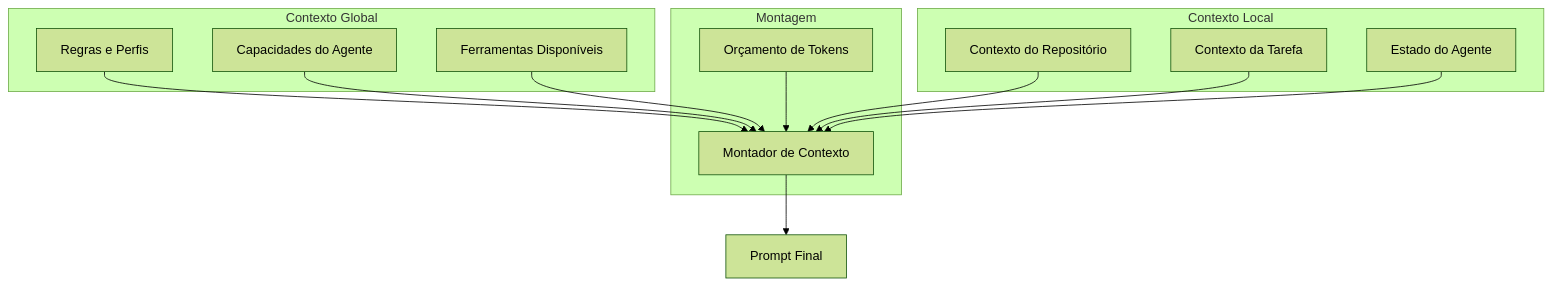
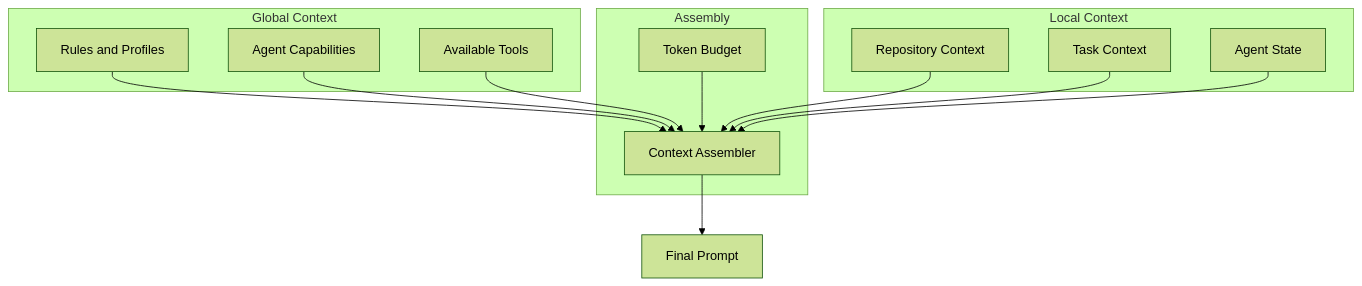
The third of 17 diagrams in docs/arquitetura.md (leonardo-moraes360/toolbelt), drawn with Mermaid (forest theme) before and after one commit. The commit also changed other lines of this file and 242 other files, not shown here.

````diff
--- a/docs/arquitetura.md
+++ b/docs/arquitetura.md
@@ -121,29 +121,29 @@
 ```mermaid
 graph TB
-    subgraph "Contexto Global"
-        RULES[Regras e Perfis]
-        CAPS[Capacidades do Agente]
-        TOOLS[Ferramentas Disponíveis]
+    subgraph "Global Context"
+        RULES[Rules and Profiles]
+        CAPS[Agent Capabilities]
+        TOOLS[Available Tools]
     end
 
-    subgraph "Contexto Local"
-        REPO_CTX[Contexto do Repositório]
-        TASK_CTX[Contexto da Tarefa]
-        AGENT_CTX[Estado do Agente]
+    subgraph "Local Context"
+        REPO_CTX[Repository Context]
+        TASK_CTX[Task Context]
+        AGENT_CTX[Agent State]
     end
 
-    subgraph "Montagem"
-        BUDGET[Orçamento de Tokens]
-        ASSEMBLER[Montador de Contexto]
+    subgraph "Assembly"
+        BUDGET[Token Budget]
+        ASSEMBLER[Context Assembler]
     end
 
     RULES --> ASSEMBLER
     CAPS --> ASSEMBLER
     TOOLS --> ASSEMBLER
     REPO_CTX --> ASSEMBLER
     TASK_CTX --> ASSEMBLER
     AGENT_CTX --> ASSEMBLER
 
     BUDGET --> ASSEMBLER
-    ASSEMBLER --> PROMPT[Prompt Final]
+    ASSEMBLER --> PROMPT[Final Prompt]
 ```
````
